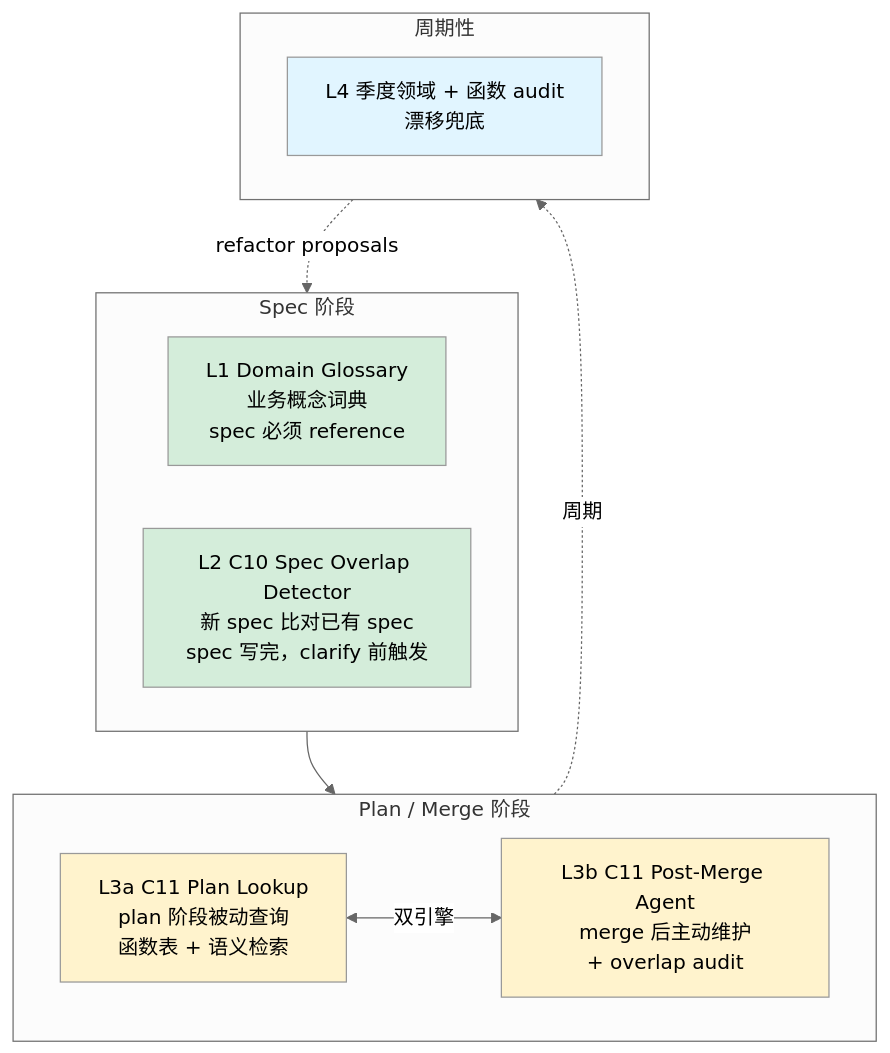
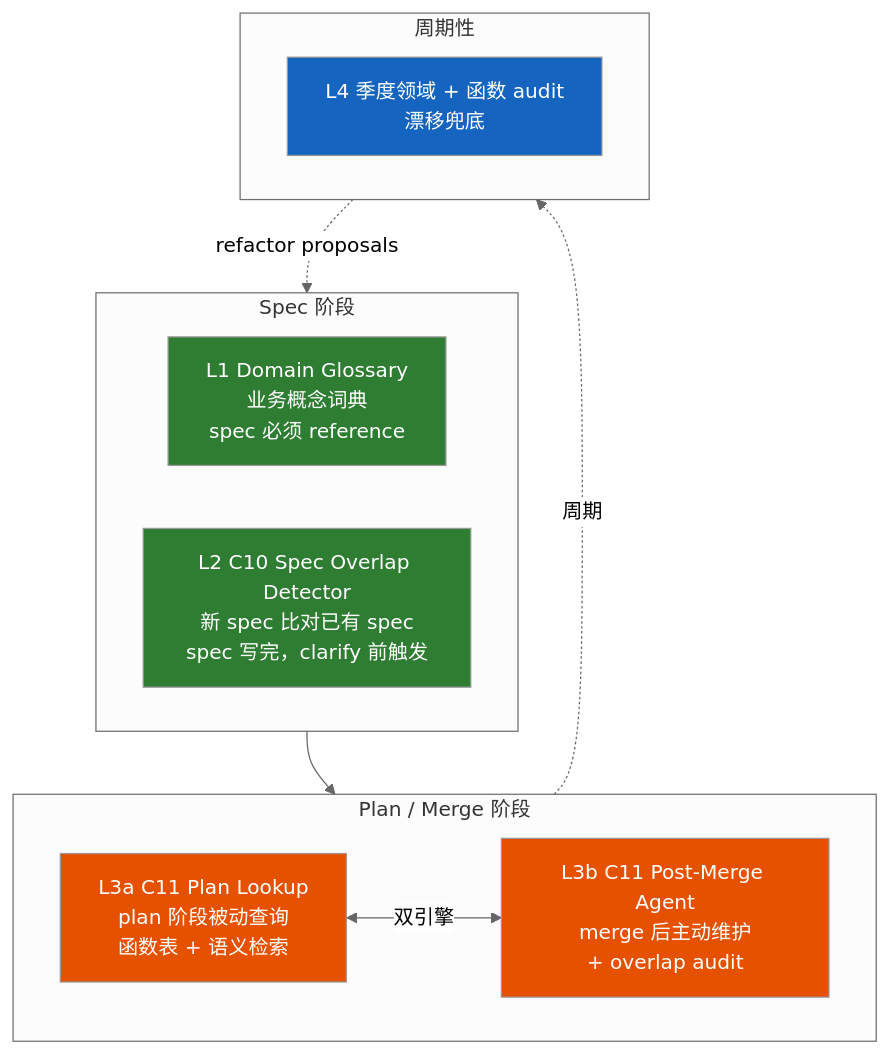
One commit to chinaszzt/suiyin-v4 changed the eighth of 11 diagrams in docs/sdd/diagrams.md. Above: the diagram before and after it, drawn with Mermaid (neutral theme). The commit also changed other lines of this file, not shown here.

First line of the commit message:
docs: diagrams.md 颜色改为高对比深色 + 白字

````diff
--- a/docs/sdd/diagrams.md
+++ b/docs/sdd/diagrams.md
@@ -230,28 +230,28 @@
 ```mermaid
 flowchart TB
     subgraph Spec[Spec 阶段]
         L1[L1 Domain Glossary<br/>业务概念词典<br/>spec 必须 reference]
         L2[L2 C10 Spec Overlap Detector<br/>新 spec 比对已有 spec<br/>spec 写完，clarify 前触发]
     end
     
     subgraph PlanMerge[Plan / Merge 阶段]
         direction LR
         L3a[L3a C11 Plan Lookup<br/>plan 阶段被动查询<br/>函数表 + 语义检索]
         L3b[L3b C11 Post-Merge Agent<br/>merge 后主动维护<br/>+ overlap audit]
     end
     
     subgraph Periodic[周期性]
         L4[L4 季度领域 + 函数 audit<br/>漂移兜底]
     end
     
     Spec --> PlanMerge
     L3a <-->|双引擎| L3b
     PlanMerge -.周期.-> Periodic
     Periodic -.refactor proposals.-> Spec
     
-    style L1 fill:#d4edda
-    style L2 fill:#d4edda
-    style L3a fill:#fff3cd
-    style L3b fill:#fff3cd
-    style L4 fill:#e1f5ff
+    style L1 fill:#2E7D32,color:#fff
+    style L2 fill:#2E7D32,color:#fff
+    style L3a fill:#E65100,color:#fff
+    style L3b fill:#E65100,color:#fff
+    style L4 fill:#1565C0,color:#fff
 ```
````
